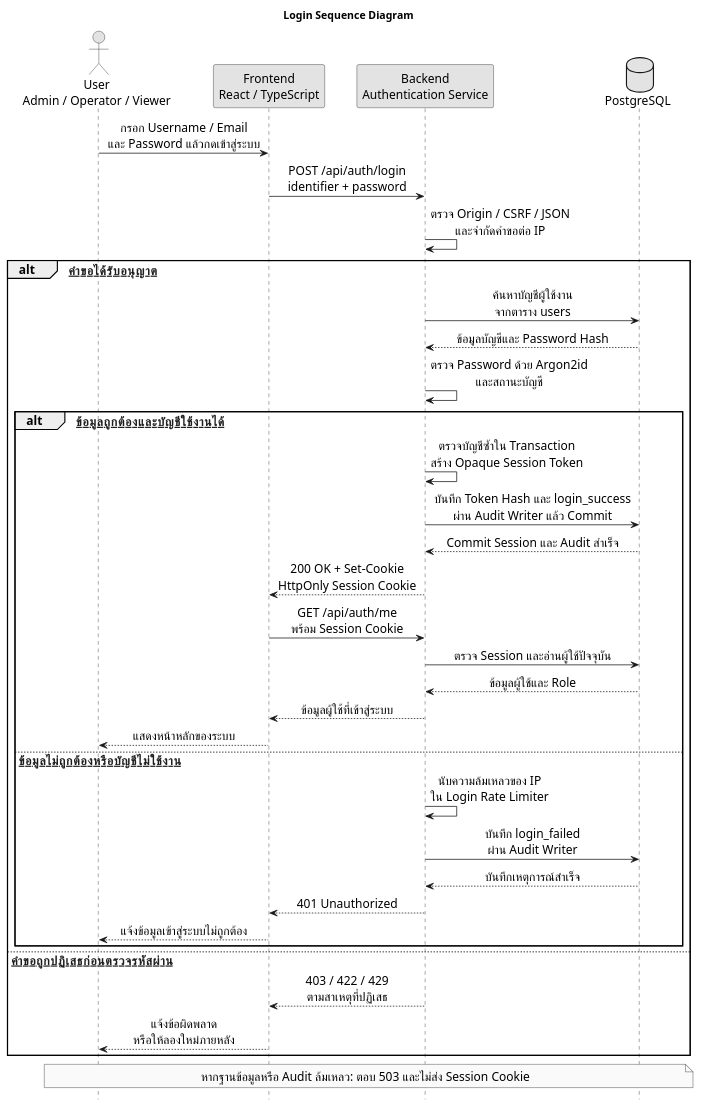
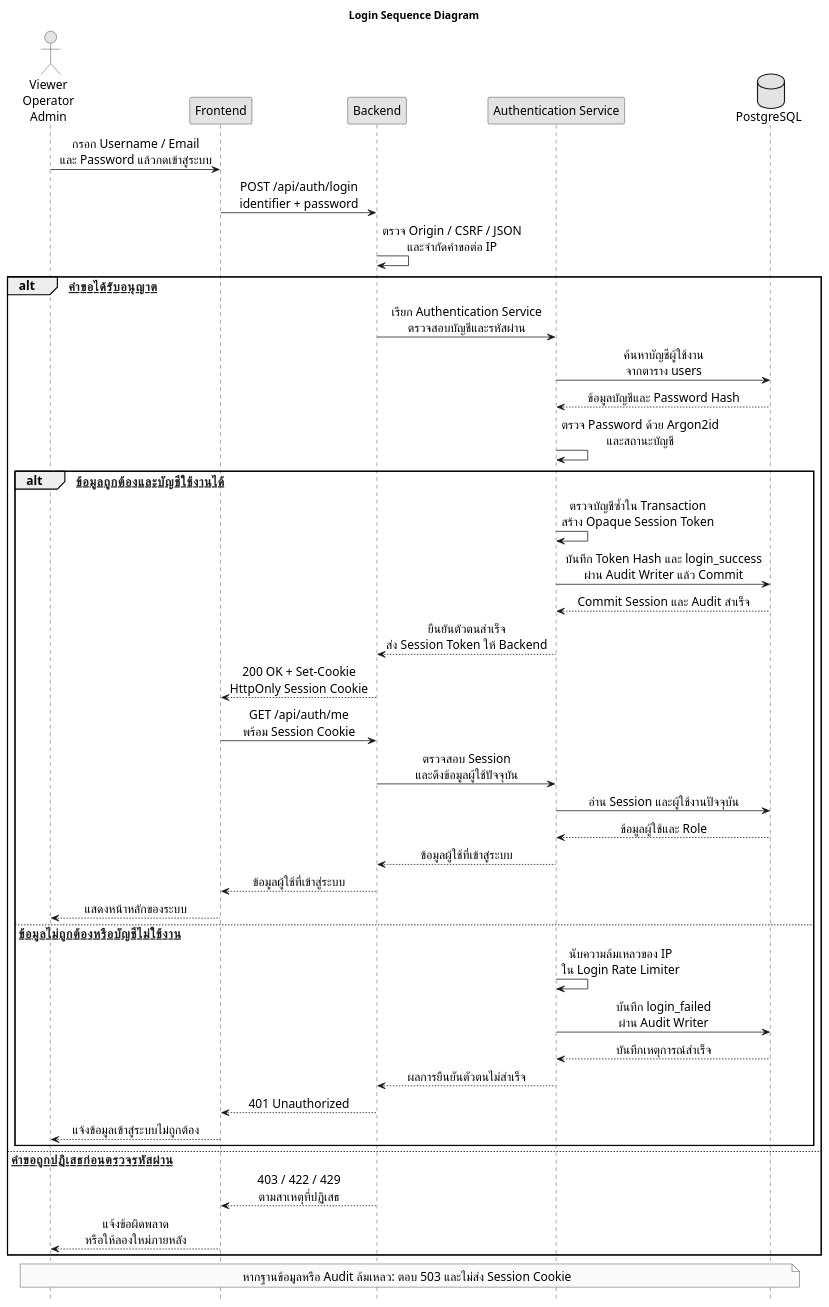
Before and after one commit to napgat/NyNetMate-Research: the diagram in outputs/thesis/sequence-diagram/naphat/fig-3-6-login.puml, drawn with PlantUML. The commit also changed 99 other files, not shown here.

Commit message:
docs: update thesis sequence diagrams and UI design artifacts

```diff
--- a/outputs/thesis/sequence-diagram/naphat/fig-3-6-login.puml
+++ b/outputs/thesis/sequence-diagram/naphat/fig-3-6-login.puml
@@ -1,42 +1,48 @@
 @startuml
 hide footbox
 skinparam monochrome true
 skinparam defaultFontName Tahoma
 skinparam defaultFontSize 16
 skinparam sequenceMessageAlign center
 skinparam responseMessageBelowArrow true
 title Login Sequence Diagram
-actor "User\nAdmin / Operator / Viewer" as U
-participant "Frontend\nReact / TypeScript" as F
-participant "Backend\nAuthentication Service" as B
+actor "Viewer\nOperator\nAdmin" as U
+participant "Frontend" as F
+participant "Backend" as B
+participant "Authentication Service" as S
 database "PostgreSQL" as D
 U -> F : กรอก Username / Email\nและ Password แล้วกดเข้าสู่ระบบ
 F -> B : POST /api/auth/login\nidentifier + password
 B -> B : ตรวจ Origin / CSRF / JSON\nและจำกัดคำขอต่อ IP
 alt [คำขอได้รับอนุญาต]
-B -> D : ค้นหาบัญชีผู้ใช้งาน\nจากตาราง users
-D --> B : ข้อมูลบัญชีและ Password Hash
-B -> B : ตรวจ Password ด้วย Argon2id\nและสถานะบัญชี
+B -> S : เรียก Authentication Service\nตรวจสอบบัญชีและรหัสผ่าน
+S -> D : ค้นหาบัญชีผู้ใช้งาน\nจากตาราง users
+D --> S : ข้อมูลบัญชีและ Password Hash
+S -> S : ตรวจ Password ด้วย Argon2id\nและสถานะบัญชี
 alt [ข้อมูลถูกต้องและบัญชีใช้งานได้]
-B -> B : ตรวจบัญชีซ้ำใน Transaction\nสร้าง Opaque Session Token
-B -> D : บันทึก Token Hash และ login_success\nผ่าน Audit Writer แล้ว Commit
-D --> B : Commit Session และ Audit สำเร็จ
+S -> S : ตรวจบัญชีซ้ำใน Transaction\nสร้าง Opaque Session Token
+S -> D : บันทึก Token Hash และ login_success\nผ่าน Audit Writer แล้ว Commit
+D --> S : Commit Session และ Audit สำเร็จ
+S --> B : ยืนยันตัวตนสำเร็จ\nส่ง Session Token ให้ Backend
 B --> F : 200 OK + Set-Cookie\nHttpOnly Session Cookie
 F -> B : GET /api/auth/me\nพร้อม Session Cookie
-B -> D : ตรวจ Session และอ่านผู้ใช้ปัจจุบัน
-D --> B : ข้อมูลผู้ใช้และ Role
+B -> S : ตรวจสอบ Session\nและดึงข้อมูลผู้ใช้ปัจจุบัน
+S -> D : อ่าน Session และผู้ใช้งานปัจจุบัน
+D --> S : ข้อมูลผู้ใช้และ Role
+S --> B : ข้อมูลผู้ใช้ที่เข้าสู่ระบบ
 B --> F : ข้อมูลผู้ใช้ที่เข้าสู่ระบบ
 F --> U : แสดงหน้าหลักของระบบ
 else [ข้อมูลไม่ถูกต้องหรือบัญชีไม่ใช้งาน]
-B -> B : นับความล้มเหลวของ IP\nใน Login Rate Limiter
-B -> D : บันทึก login_failed\nผ่าน Audit Writer
-D --> B : บันทึกเหตุการณ์สำเร็จ
+S -> S : นับความล้มเหลวของ IP\nใน Login Rate Limiter
+S -> D : บันทึก login_failed\nผ่าน Audit Writer
+D --> S : บันทึกเหตุการณ์สำเร็จ
+S --> B : ผลการยืนยันตัวตนไม่สำเร็จ
 B --> F : 401 Unauthorized
 F --> U : แจ้งข้อมูลเข้าสู่ระบบไม่ถูกต้อง
 end
 else [คำขอถูกปฏิเสธก่อนตรวจรหัสผ่าน]
 B --> F : 403 / 422 / 429\nตามสาเหตุที่ปฏิเสธ
 F --> U : แจ้งข้อผิดพลาด\nหรือให้ลองใหม่ภายหลัง
 end
 note over U,D : หากฐานข้อมูลหรือ Audit ล้มเหลว: ตอบ 503 และไม่ส่ง Session Cookie
 @enduml
```
